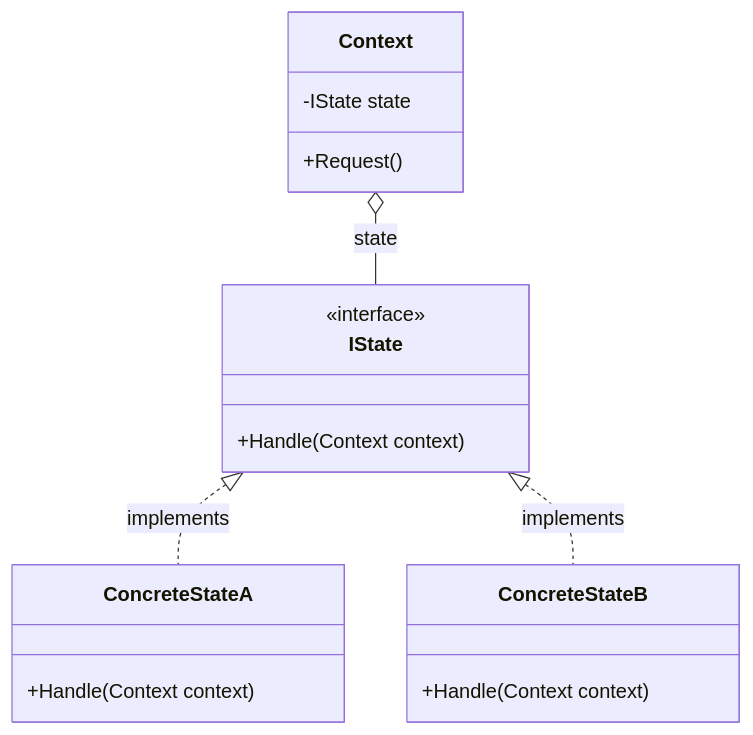
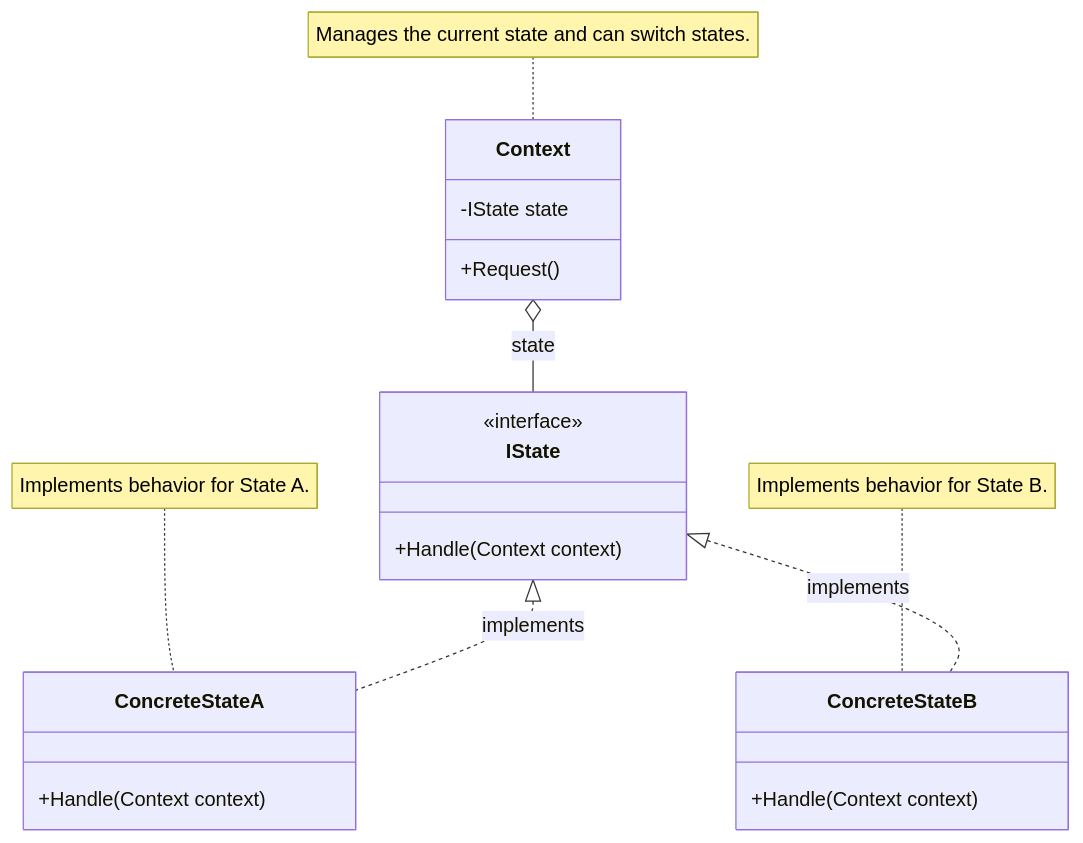
One commit to IxI-Enki/PoseUebung-016 changed the first of 2 diagrams in diagrams/state.md. Above: the diagram before and after it, drawn with Mermaid.

````diff
--- a/diagrams/state.md
+++ b/diagrams/state.md
@@ -2,29 +2,29 @@
 ```mermaid
 classDiagram
     class Context {
         -IState state
         +Request()
     }
 
     class IState {
         <<interface>>
         +Handle(Context context)
     }
 
     class ConcreteStateA {
         +Handle(Context context)
     }
 
     class ConcreteStateB {
         +Handle(Context context)
     }
 
     Context o-- IState : state
     IState <|.. ConcreteStateA : implements
     IState <|.. ConcreteStateB : implements
 
- %%   note for Context "Context holds a reference to some State object.\nThe Context delegates to the State object for handling requests."
- %%   note for IState "State interface declares a common interface for all concrete states."
- %%   note for ConcreteStateA "ConcreteStateA implements the State interface and defines a behavior associated with this state."
- %%   note for ConcreteStateB "ConcreteStateB implements the State interface and defines a behavior associated with this state."
+    note for Context "Manages the current state and can switch states."
+    %% note for IState "State interface declares a common interface for all concrete states."
+    note for ConcreteStateA "Implements behavior for State A."
+    note for ConcreteStateB "Implements behavior for State B."
 ```
````
